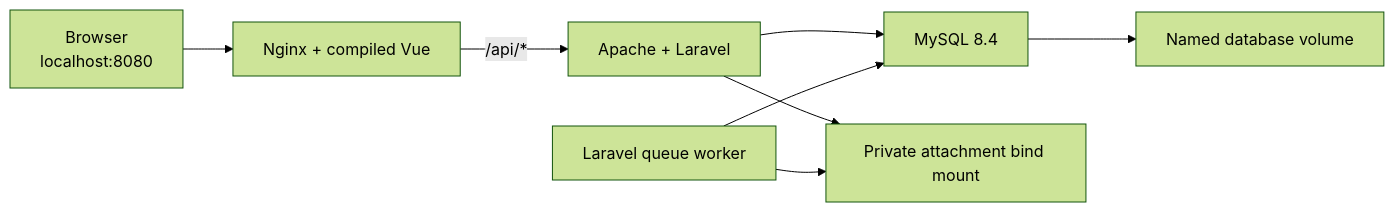
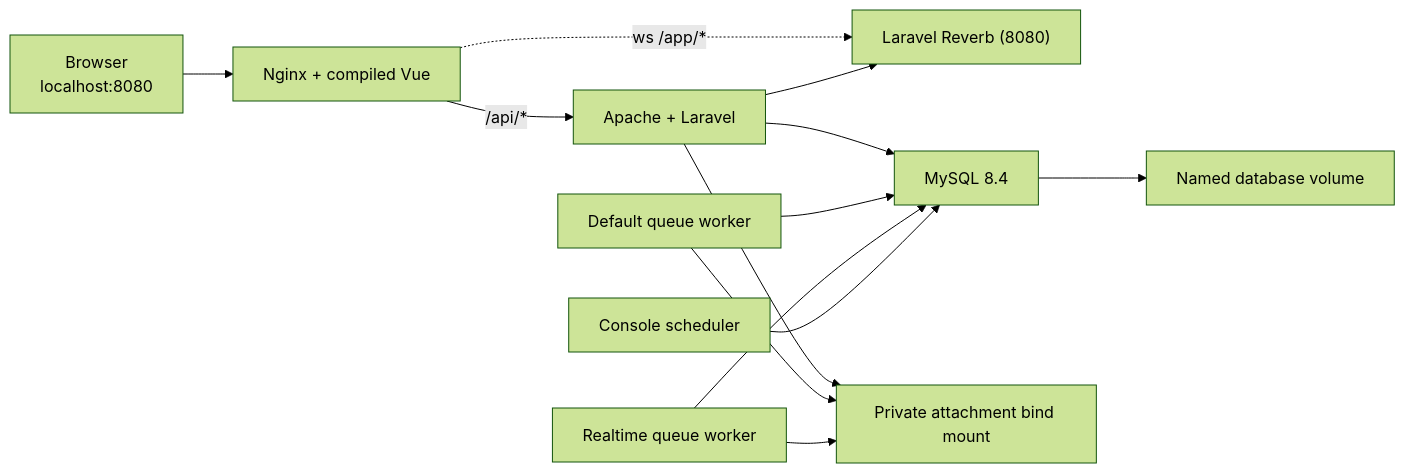
The first of 2 diagrams in Docs/ARCHITECTURE.md (Sama-Mokom/CampusDesk), drawn with Mermaid (forest theme) before and after one commit. The commit also changed other lines of this file and 13 other files, not shown here.

````diff
--- a/Docs/ARCHITECTURE.md
+++ b/Docs/ARCHITECTURE.md
@@ -35,10 +44,15 @@
 ```mermaid
 flowchart LR
     Browser["Browser<br/>localhost:8080"] --> Frontend["Nginx + compiled Vue"]
     Frontend -->|"/api/*"| Backend["Apache + Laravel"]
+    Frontend -.->|"ws /app/*"| Reverb["Laravel Reverb (8080)"]
     Backend --> DB["MySQL 8.4"]
-    Worker["Laravel queue worker"] --> DB
+    Backend --> Reverb
+    Worker["Default queue worker"] --> DB
+    RealtimeWorker["Realtime queue worker"] --> DB
+    Scheduler["Console scheduler"] --> DB
     Backend --> Files["Private attachment bind mount"]
     Worker --> Files
+    RealtimeWorker --> Files
     DB --> Volume["Named database volume"]
 ```
````
